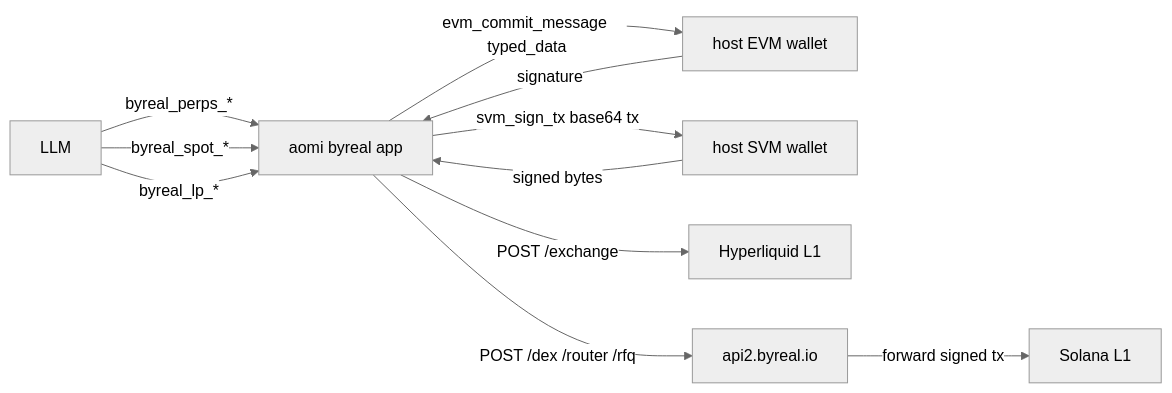
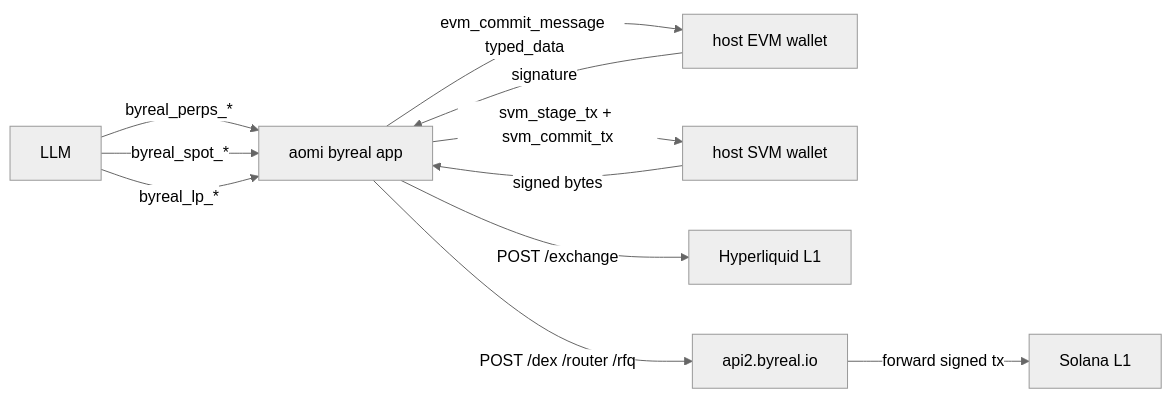
Before and after one commit to aomi-labs/aomi-sdk: the sixth of 6 diagrams in apps/byreal/BYREAL_CLI_FLOWS.md, drawn with Mermaid (neutral theme). The commit also changed other lines of this file and 13 other files, not shown here.

````diff
--- a/apps/byreal/BYREAL_CLI_FLOWS.md
+++ b/apps/byreal/BYREAL_CLI_FLOWS.md
@@ -207,23 +211,23 @@
 ```mermaid
 flowchart LR
     LLM[LLM]
     App[aomi byreal app]
     EVM[host EVM wallet]
     SVM[host SVM wallet]
     HL[Hyperliquid L1]
     Byreal[api2.byreal.io]
     Solana[Solana L1]
 
     LLM -->|byreal_perps_*| App
     LLM -->|byreal_spot_*| App
     LLM -->|byreal_lp_*| App
 
     App -->|evm_commit_message typed_data| EVM
     EVM -->|signature| App
     App -->|POST /exchange| HL
 
-    App -->|svm_sign_tx base64 tx| SVM
+    App -->|svm_stage_tx + svm_commit_tx| SVM
     SVM -->|signed bytes| App
     App -->|POST /dex /router /rfq| Byreal
     Byreal -->|forward signed tx| Solana
 ```
````
